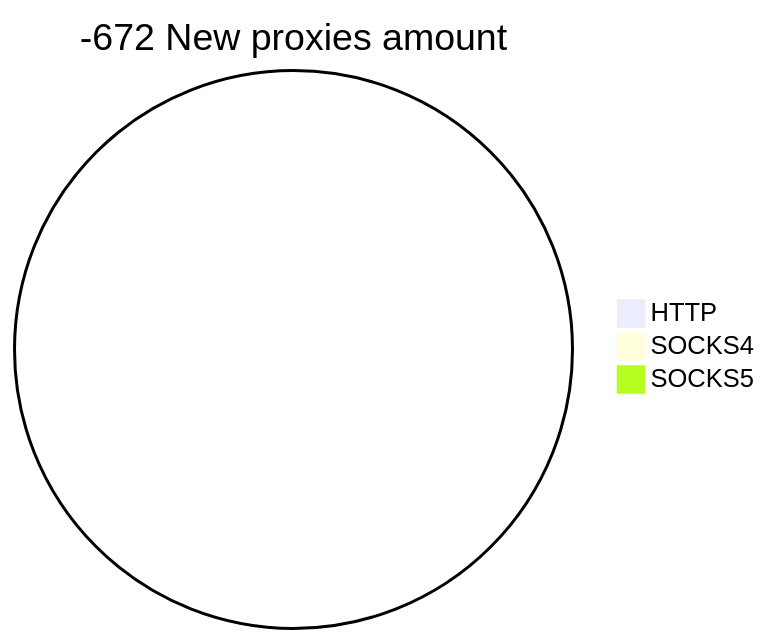
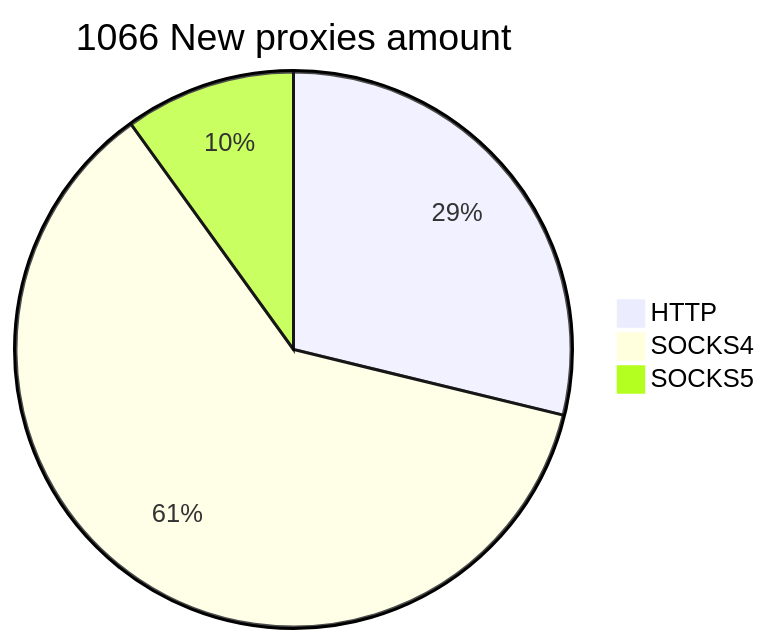
The second of 2 diagrams in README.md (cutipu/proxylist), drawn with Mermaid before and after one commit. The commit also changed other lines of this file, not shown here.

````diff
--- a/README.md
+++ b/README.md
@@ -10,6 +10,6 @@
 ```mermaid
-pie title -672 New proxies amount
-    "HTTP" : 0
-    "SOCKS4" : 0
-    "SOCKS5" : 0
+pie title 1066 New proxies amount
+    "HTTP" : 307
+    "SOCKS4" : 653
+    "SOCKS5" : 106
 ```
````
